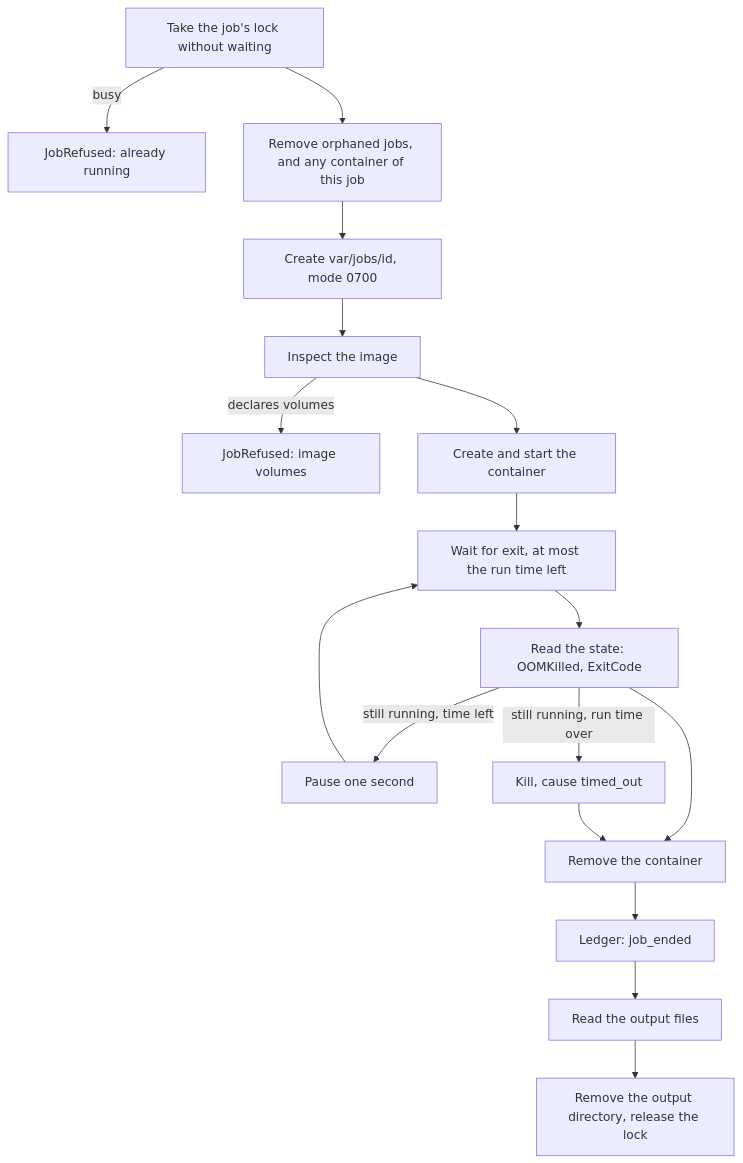
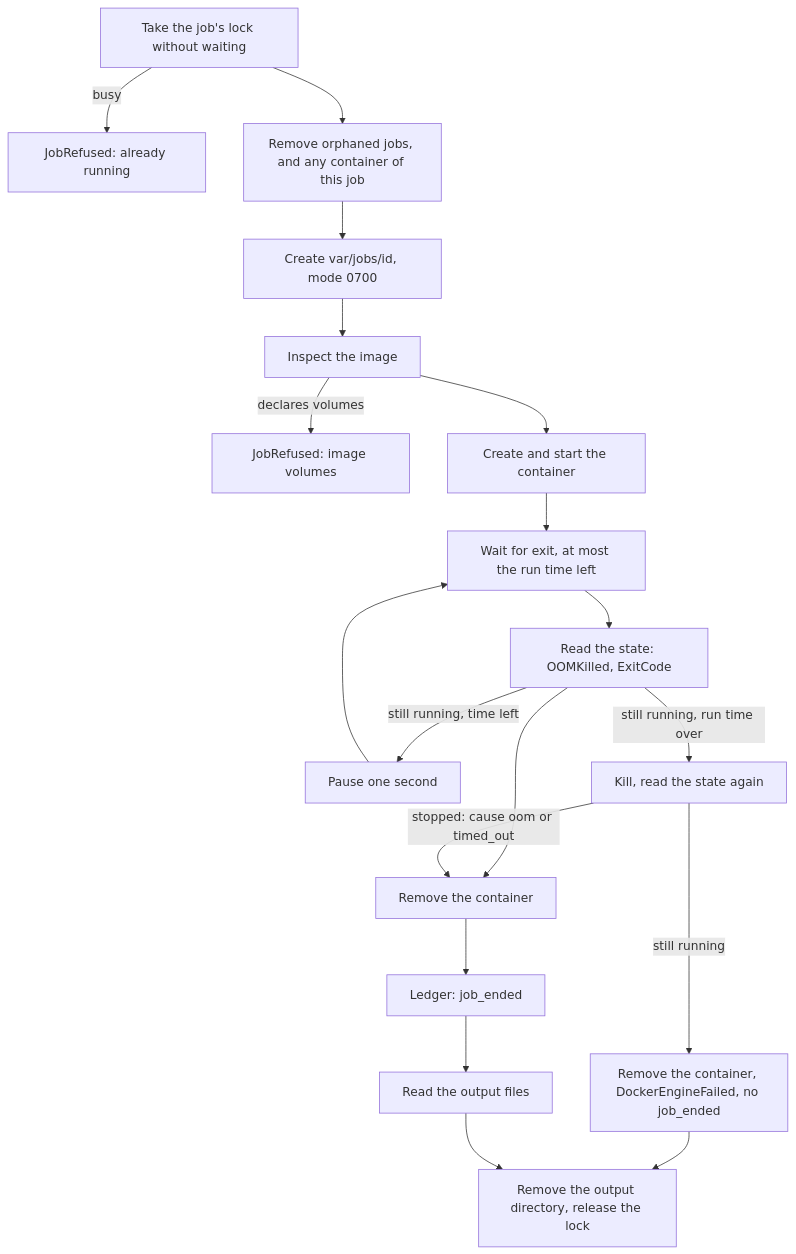
Before and after one commit to shinyredapples/intakt: the diagram in docs/architecture/job-containers.md, drawn with Mermaid. The commit also changed other lines of this file and 1 other file, not shown here.

Commit message:
docs(job): describe the cause of a killed job and a container that survives the kill

````diff
--- a/docs/architecture/job-containers.md
+++ b/docs/architecture/job-containers.md
@@ -34,19 +34,21 @@
 ```mermaid
 flowchart TD
   lock[Take the job's lock without waiting] -->|busy| refused[JobRefused: already running]
   lock --> sweep[Remove orphaned jobs, and any container of this job]
   sweep --> prepare[Create var/jobs/id, mode 0700]
   prepare --> inspect[Inspect the image]
   inspect -->|declares volumes| volumes[JobRefused: image volumes]
   inspect --> create[Create and start the container]
   create --> wait[Wait for exit, at most the run time left]
   wait --> state[Read the state: OOMKilled, ExitCode]
   state -->|still running, time left| pause[Pause one second]
   pause --> wait
-  state -->|still running, run time over| kill[Kill, cause timed_out]
+  state -->|still running, run time over| kill[Kill, read the state again]
   state --> remove[Remove the container]
-  kill --> remove
+  kill -->|stopped: cause oom or timed_out| remove
+  kill -->|still running| failed[Remove the container, DockerEngineFailed, no job_ended]
+  failed --> clean
   remove --> record[Ledger: job_ended]
   record --> read[Read the output files]
   read --> clean[Remove the output directory, release the lock]
 ```
````
